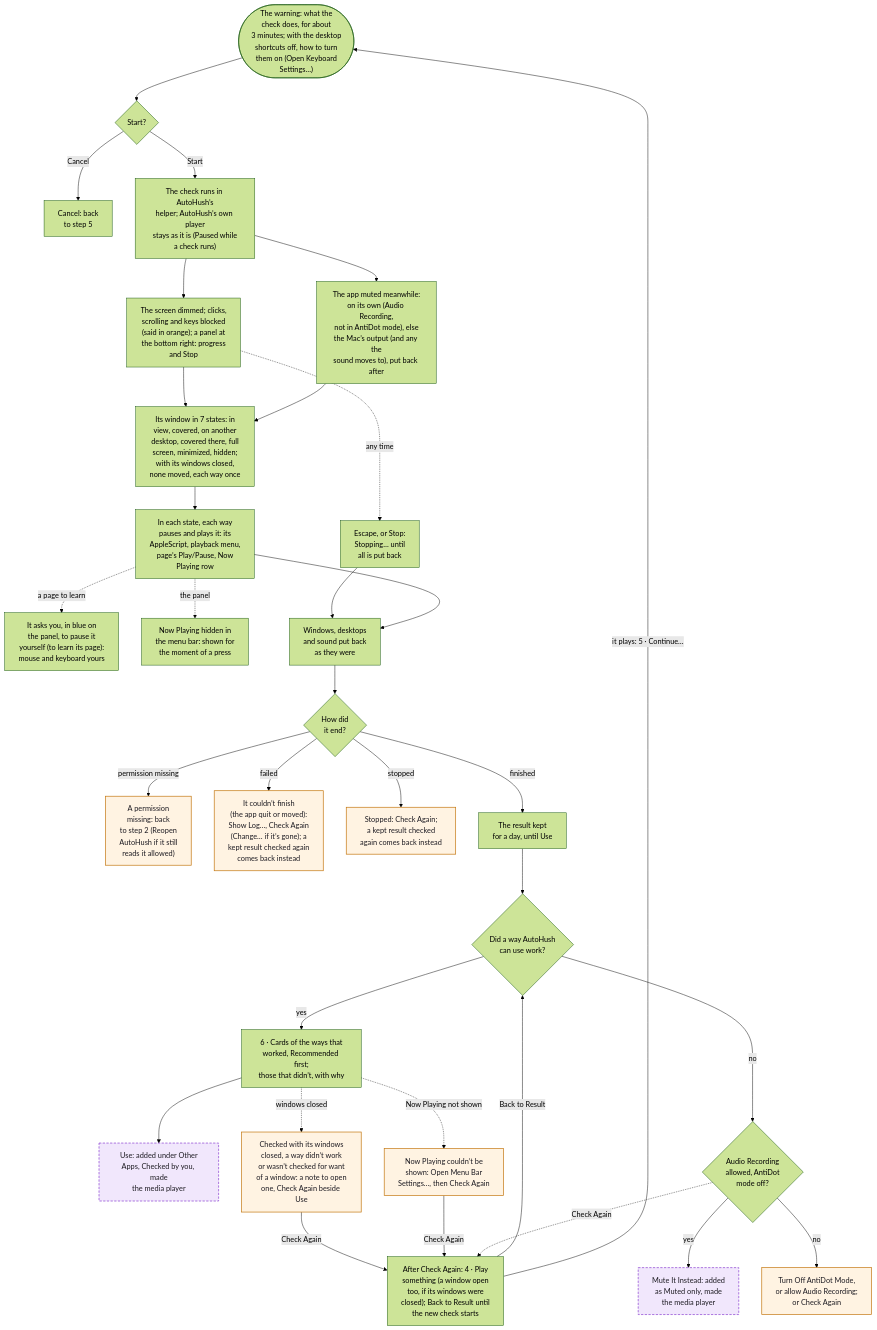
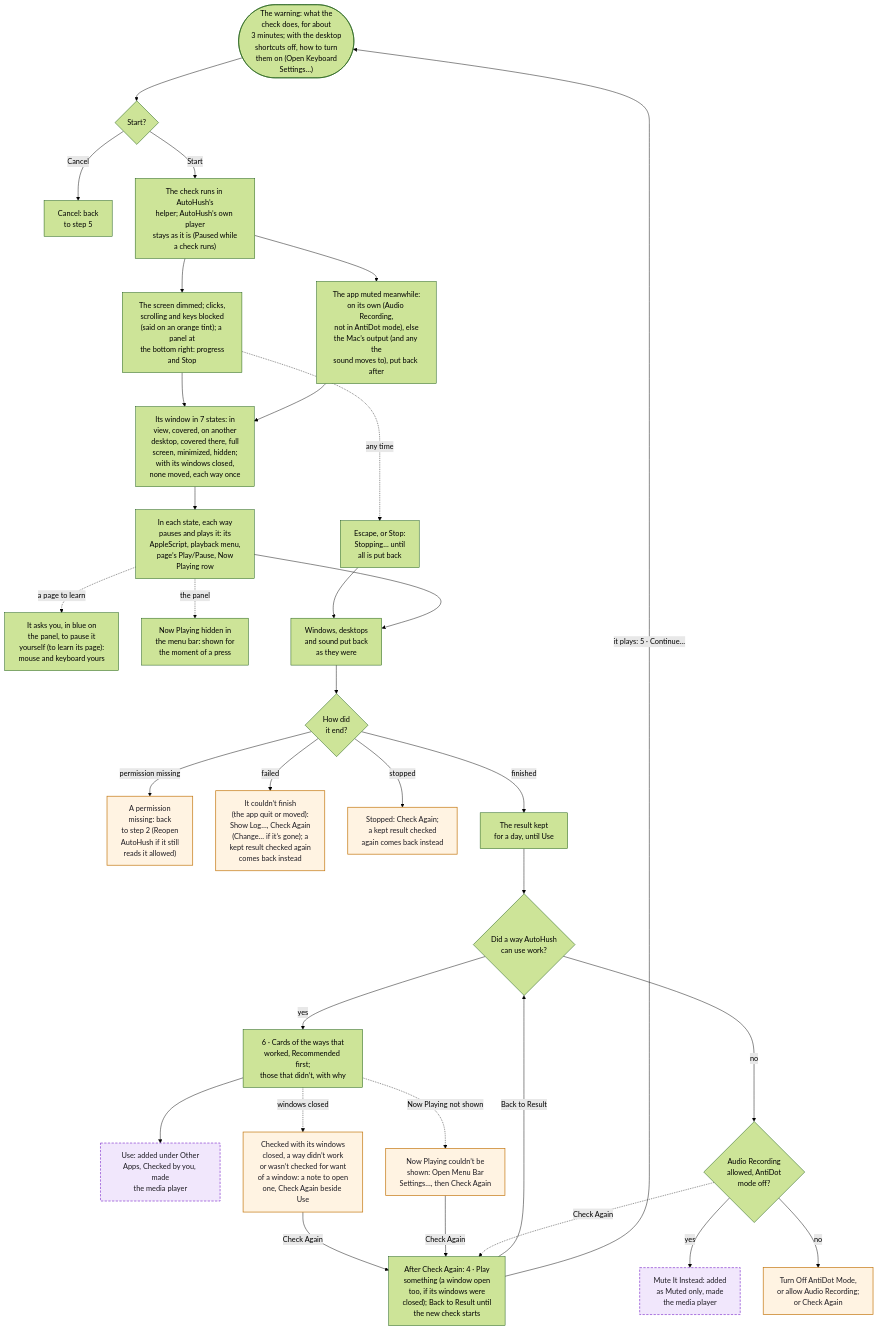
Before and after one commit to hfustercabre/AutoHush: the tenth of 14 diagrams in WORKFLOWS.md, drawn with Mermaid (forest theme). The commit also changed 26 other files, not shown here.

````diff
--- a/WORKFLOWS.md
+++ b/WORKFLOWS.md
@@ -544,64 +544,64 @@
 ```mermaid
 flowchart TD
   WARN(["The warning: what the<br/>check does, for about<br/>3 minutes; with the desktop<br/>shortcuts off, how to turn<br/>them on (Open Keyboard<br/>Settings…)"])
   GO{"Start?"}
   BACK["Cancel: back<br/>to step 5"]
   RUN["The check runs in AutoHush’s<br/>helper; AutoHush’s own player<br/>stays as it is (Paused while<br/>a check runs)"]
-  BLOCK["The screen dimmed; clicks,<br/>scrolling and keys blocked<br/>(said in orange); a panel at<br/>the bottom right: progress<br/>and Stop"]
+  BLOCK["The screen dimmed; clicks,<br/>scrolling and keys blocked<br/>(said on an orange tint); a panel at<br/>the bottom right: progress<br/>and Stop"]
   MUTE["The app muted meanwhile:<br/>on its own (Audio Recording,<br/>not in AntiDot mode), else<br/>the Mac’s output (and any the<br/>sound moves to), put back after"]
   STATES["Its window in 7 states: in<br/>view, covered, on another<br/>desktop, covered there, full<br/>screen, minimized, hidden;<br/>with its windows closed,<br/>none moved, each way once"]
   WAYS["In each state, each way<br/>pauses and plays it: its<br/>AppleScript, playback menu,<br/>page’s Play/Pause, Now<br/>Playing row"]
   ASK["It asks you, in blue on<br/>the panel, to pause it<br/>yourself (to learn its page):<br/>mouse and keyboard yours"]
   SHOW["Now Playing hidden in<br/>the menu bar: shown for<br/>the moment of a press"]
   STOP["Escape, or Stop:<br/>Stopping… until<br/>all is put back"]
   PUT["Windows, desktops<br/>and sound put back<br/>as they were"]
   HOW{"How did<br/>it end?"}
   PERM["A permission<br/>missing: back<br/>to step 2 (Reopen<br/>AutoHush if it still<br/>reads it allowed)"]
   FAIL["It couldn’t finish<br/>(the app quit or moved):<br/>Show Log…, Check Again<br/>(Change… if it’s gone); a<br/>kept result checked again<br/>comes back instead"]
   STOPPED["Stopped: Check Again;<br/>a kept result checked<br/>again comes back instead"]
   KEEP["The result kept<br/>for a day, until Use"]
   ANY{"Did a way AutoHush<br/>can use work?"}
   CARDS["6 · Cards of the ways that<br/>worked, Recommended first;<br/>those that didn’t, with why"]
   USE["Use: added under Other<br/>Apps, Checked by you, made<br/>the media player"]
   NPH["Now Playing couldn’t be<br/>shown: Open Menu Bar<br/>Settings…, then Check Again"]
   CLW["Checked with its windows<br/>closed, a way didn’t work<br/>or wasn’t checked for want<br/>of a window: a note to open<br/>one, Check Again beside Use"]
   AGN["After Check Again: 4 · Play<br/>something (a window open<br/>too, if its windows were<br/>closed); Back to Result until<br/>the new check starts"]
   MUT{"Audio Recording<br/>allowed, AntiDot<br/>mode off?"}
   MII["Mute It Instead: added<br/>as Muted only, made<br/>the media player"]
   ANTI["Turn Off AntiDot Mode,<br/>or allow Audio Recording;<br/>or Check Again"]
 
   WARN --> GO
   GO -->|"Cancel"| BACK
   GO -->|"Start"| RUN
   RUN --> BLOCK
   RUN --> MUTE
   BLOCK --> STATES
   MUTE --> STATES
   STATES --> WAYS
   WAYS -.->|"a page to learn"| ASK
   WAYS -.->|"the panel"| SHOW
   BLOCK -.->|"any time"| STOP
   STOP --> PUT
   WAYS --> PUT
   PUT --> HOW
   HOW -->|"finished"| KEEP --> ANY
   HOW -->|"permission missing"| PERM
   HOW -->|"failed"| FAIL
   HOW -->|"stopped"| STOPPED
   ANY -->|"yes"| CARDS --> USE
   CARDS -.->|"Now Playing not shown"| NPH
   CARDS -.->|"windows closed"| CLW
   CLW -->|"Check Again"| AGN
   NPH -->|"Check Again"| AGN
   MUT -.->|"Check Again"| AGN
   AGN -->|"Back to Result"| ANY
   AGN -->|"it plays: 5 · Continue…"| WARN
   ANY -->|"no"| MUT
   MUT -->|"yes"| MII
   MUT -->|"no"| ANTI
 
   class USE,MII ref
   class FAIL,STOPPED,PERM,NPH,CLW,ANTI warn
   classDef ref fill:#f1e7fc,stroke:#8a3fd1,stroke-width:1.5px,stroke-dasharray: 5 3,color:#1d1b22
   classDef warn fill:#fff3e2,stroke:#c47812,stroke-width:1.5px,color:#1d1b22
 ```
````
